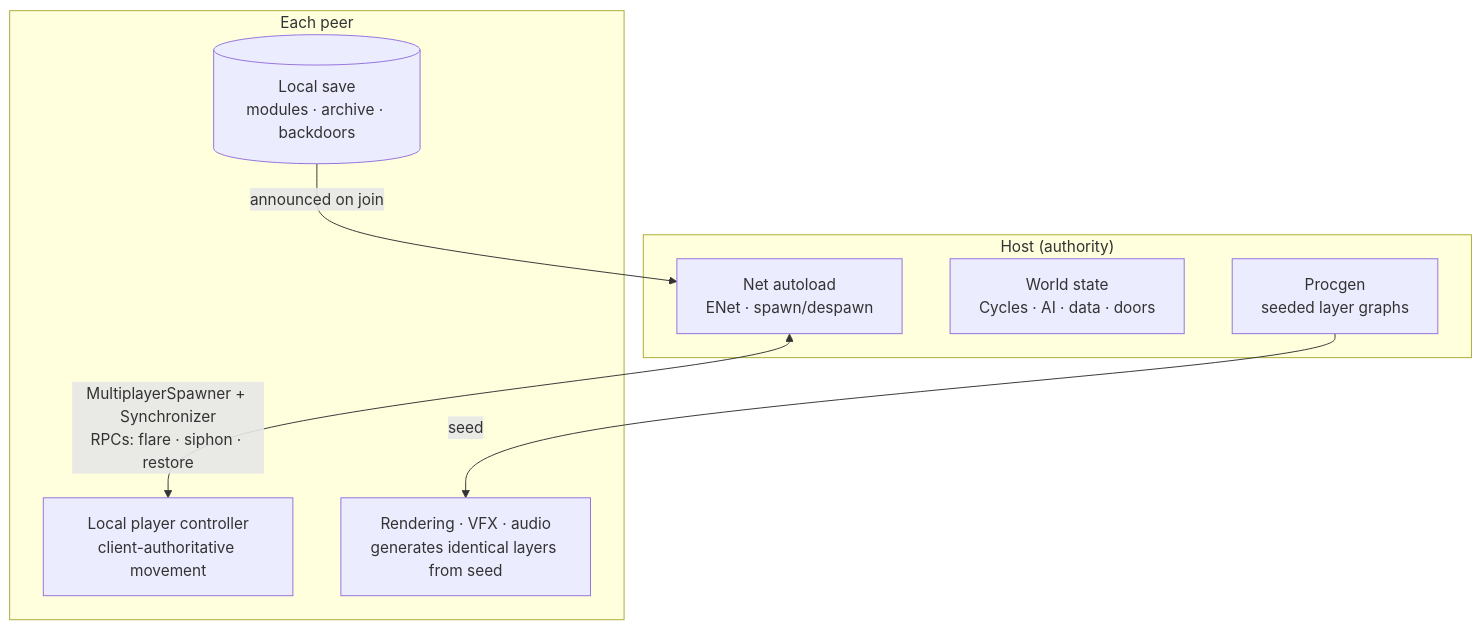
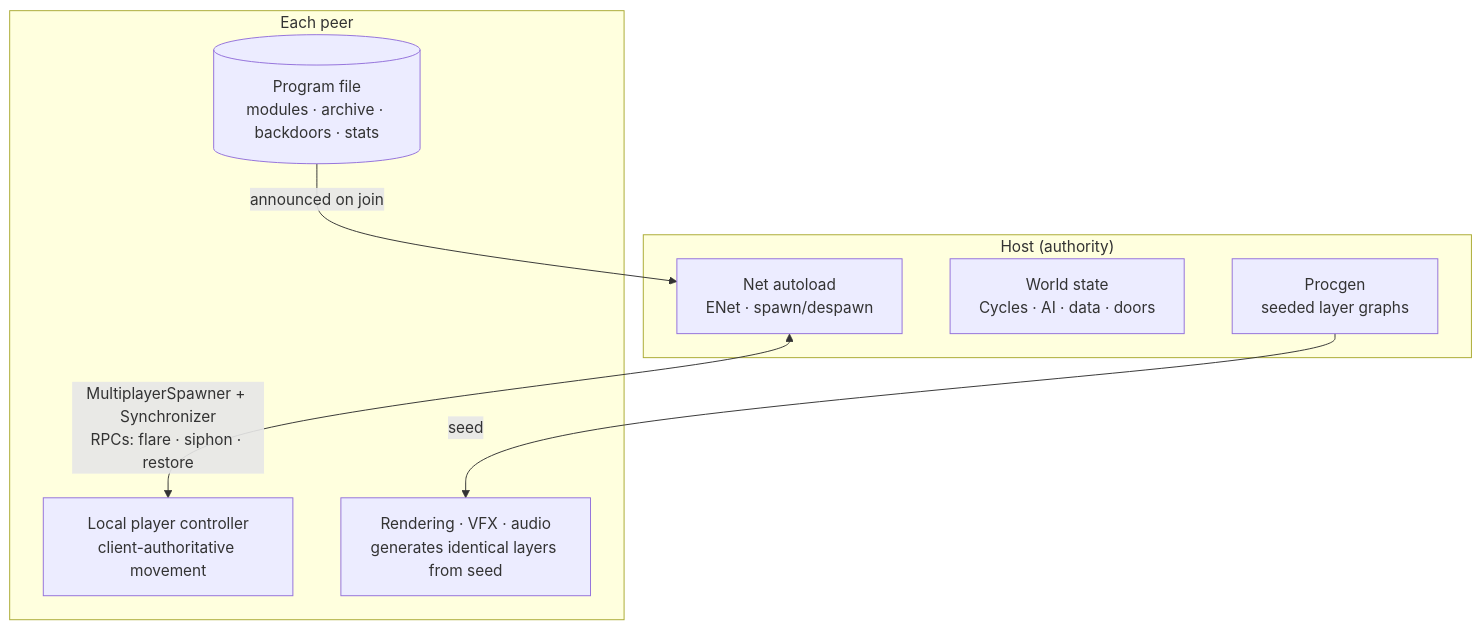
The second of 2 diagrams in README.md (nerdrx/banish-protocol), drawn with Mermaid before and after one commit. The commit also changed other lines of this file and 26 other files, not shown here.

First line of the commit message:
M4: The Long Game — modules, Compilers, program files, backdoor gating

````diff
--- a/README.md
+++ b/README.md
@@ -201,16 +227,16 @@
 ```mermaid
 flowchart TB
     subgraph HOST["Host (authority)"]
         NET[Net autoload<br/>ENet · spawn/despawn]
         SIM[World state<br/>Cycles · AI · data · doors]
         GEN[Procgen<br/>seeded layer graphs]
     end
     subgraph PEER["Each peer"]
         CTRL[Local player controller<br/>client-authoritative movement]
         RENDER[Rendering · VFX · audio<br/>generates identical layers from seed]
-        SAVE[(Local save<br/>modules · archive · backdoors)]
+        SAVE[(Program file<br/>modules · archive · backdoors · stats)]
     end
     NET <-->|"MultiplayerSpawner + Synchronizer<br/>RPCs: flare · siphon · restore"| CTRL
     GEN -->|seed| RENDER
     SAVE -->|announced on join| NET
 ```
````
